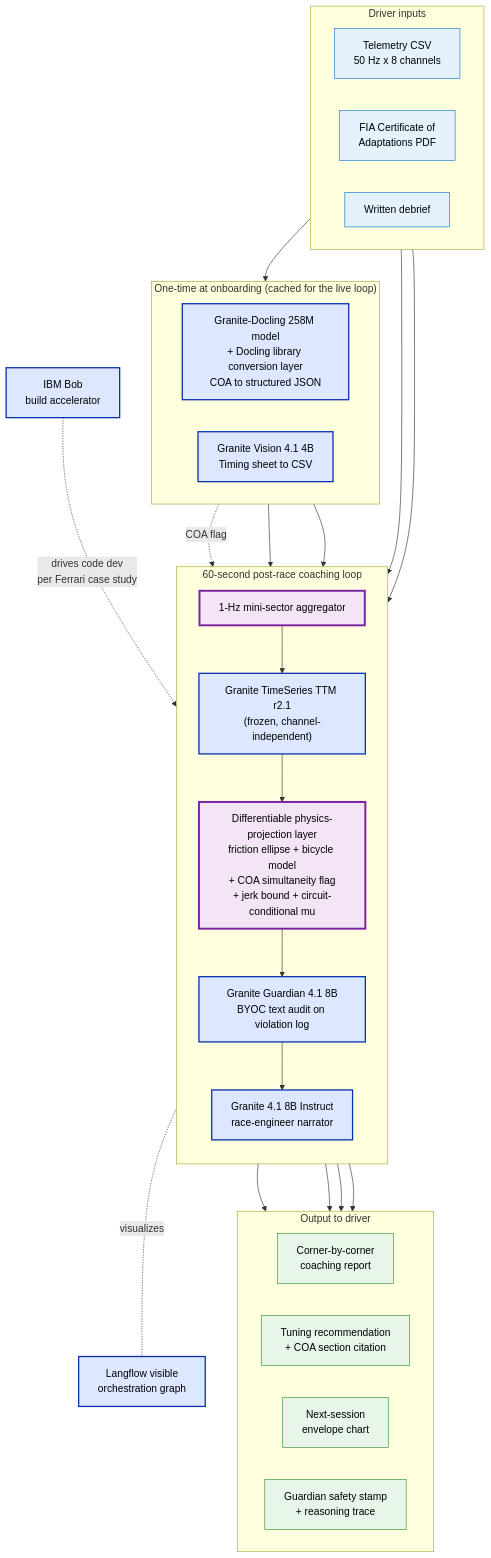
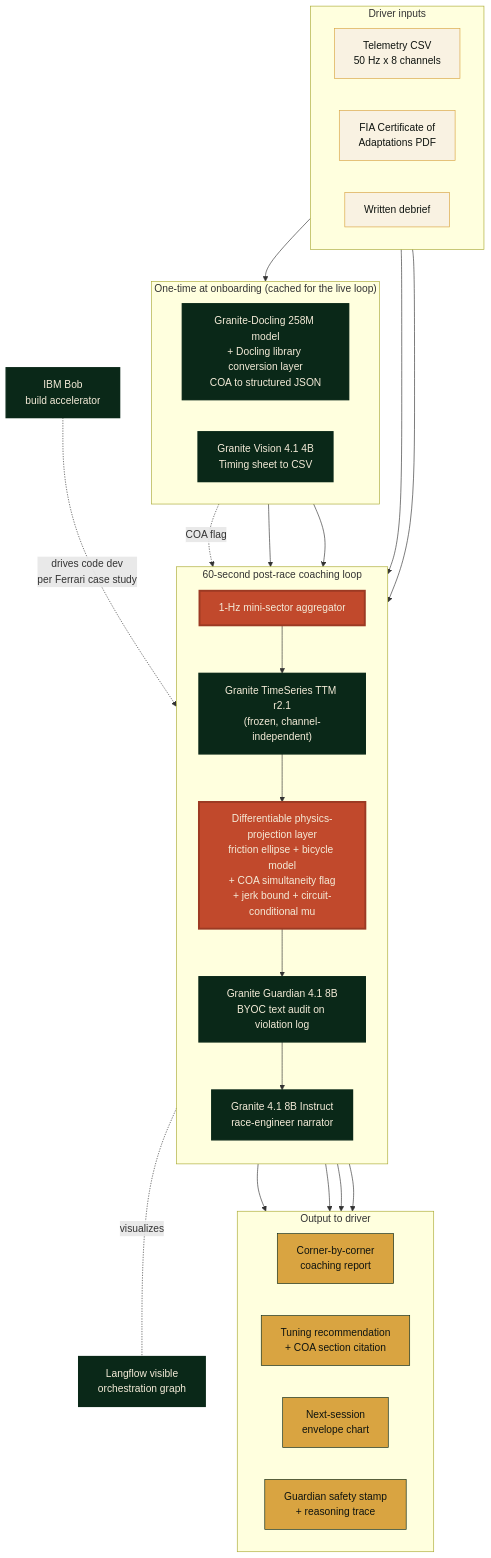
The diagram in docs/architecture-diagram.mmd (StephenSook/apex), drawn with Mermaid before and after one commit. The commit also changed 2 other files, not shown here.

Commit message:
fix(diagram): apply editorial-paddock palette to Mermaid classDef (racing-green ibm, clay physics, warm-cream input, amber output) + re-render PNG+SVG (M3)

```diff
--- a/docs/architecture-diagram.mmd
+++ b/docs/architecture-diagram.mmd
@@ -1,61 +1,61 @@
 flowchart TB
     subgraph In["Driver inputs"]
         direction LR
         TEL["Telemetry CSV<br/>50 Hz x 8 channels"]
         COA["FIA Certificate of<br/>Adaptations PDF"]
         DBR["Written debrief"]
     end
 
     subgraph OB["One-time at onboarding (cached for the live loop)"]
         direction LR
         DOCLING["Granite-Docling 258M model<br/>+ Docling library conversion layer<br/>COA to structured JSON"]
         VISION["Granite Vision 4.1 4B<br/>Timing sheet to CSV"]
     end
 
     subgraph LL["60-second post-race coaching loop"]
         direction TB
         AGG["1-Hz mini-sector aggregator"]
         TTM["Granite TimeSeries TTM r2.1<br/>(frozen, channel-independent)"]
         PROJ["Differentiable physics-projection layer<br/>friction ellipse + bicycle model<br/>+ COA simultaneity flag<br/>+ jerk bound + circuit-conditional mu"]
         GUARD["Granite Guardian 4.1 8B<br/>BYOC text audit on violation log"]
         INSTR["Granite 4.1 8B Instruct<br/>race-engineer narrator"]
     end
 
     subgraph Out["Output to driver"]
         direction LR
         REPORT["Corner-by-corner<br/>coaching report"]
         TUNE["Tuning recommendation<br/>+ COA section citation"]
         FCST["Next-session<br/>envelope chart"]
         STAMP["Guardian safety stamp<br/>+ reasoning trace"]
     end
 
     TEL --> AGG
     COA --> DOCLING
     AGG --> TTM
     DOCLING -. COA flag .-> PROJ
     TTM --> PROJ
     PROJ --> GUARD
     DBR --> INSTR
     GUARD --> INSTR
     DOCLING --> INSTR
     VISION --> INSTR
     INSTR --> REPORT
     INSTR --> TUNE
     PROJ --> FCST
     GUARD --> STAMP
 
     LF["Langflow visible<br/>orchestration graph"]
     LL -. visualizes .- LF
 
     BOB["IBM Bob<br/>build accelerator"]
     BOB -.->|drives code dev<br/>per Ferrari case study| LL
 
-    classDef ibm fill:#dde7ff,stroke:#052fad,stroke-width:2px,color:#000
-    classDef physics fill:#f3e5f5,stroke:#7b1fa2,stroke-width:3px,color:#000
-    classDef input fill:#e3f2fd,stroke:#1976d2,color:#000
-    classDef output fill:#e8f5e9,stroke:#388e3c,color:#000
+    classDef ibm fill:#0A2818,stroke:#0A2818,stroke-width:2px,color:#F4EBD8
+    classDef physics fill:#C1492C,stroke:#9C3A23,stroke-width:3px,color:#F4EBD8
+    classDef input fill:#F9F2E2,stroke:#D9A441,stroke-width:1px,color:#0F1410
+    classDef output fill:#D9A441,stroke:#0A2818,color:#0F1410
 
     class TEL,COA,DBR input
     class REPORT,TUNE,FCST,STAMP output
     class DOCLING,VISION,TTM,GUARD,INSTR,LF,BOB ibm
     class PROJ,AGG physics
```
